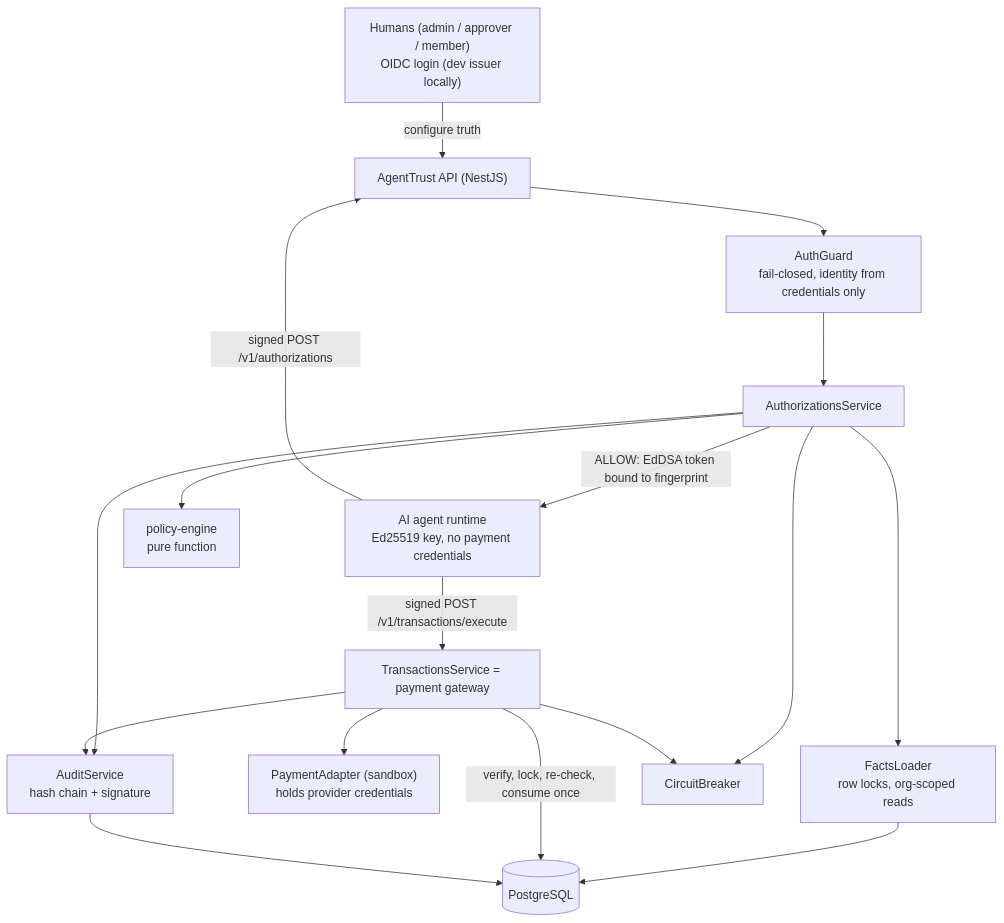
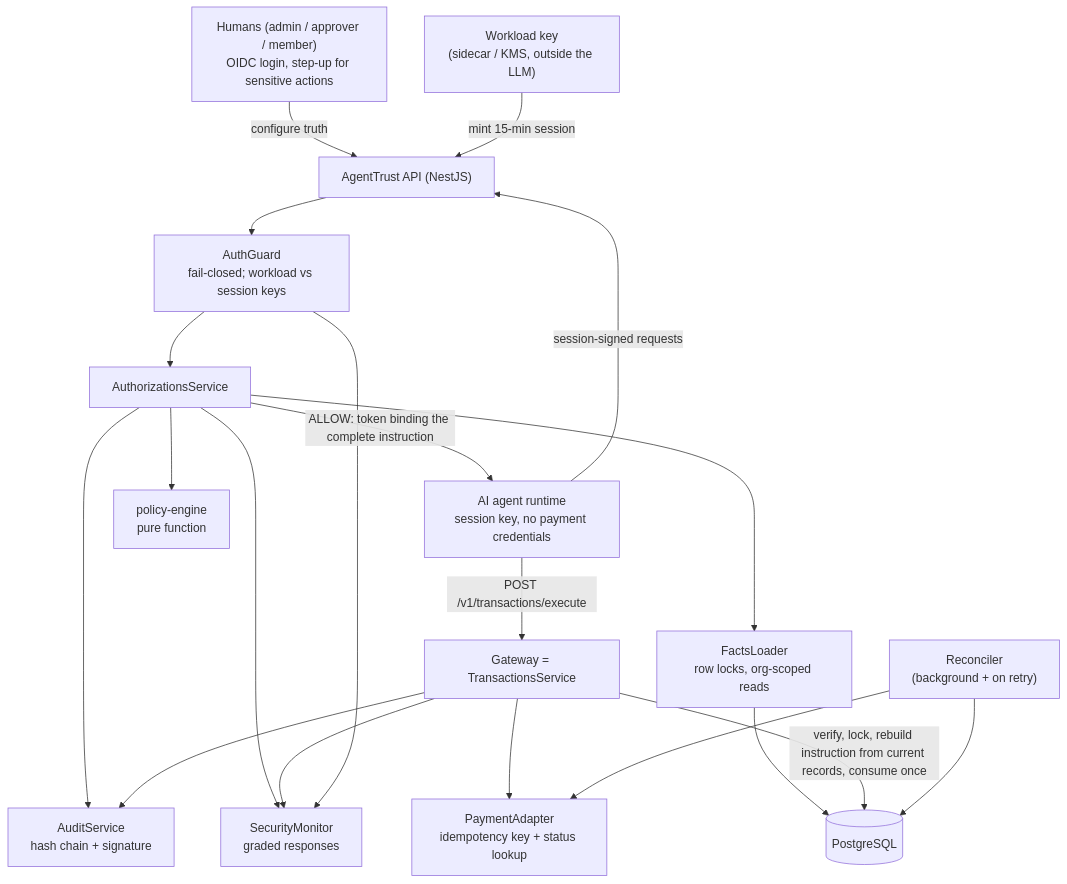
The first of 3 diagrams in docs/ARCHITECTURE.md (momoh127/project-KYA), drawn with Mermaid before and after one commit. The commit also changed other lines of this file and 46 other files, not shown here.

````diff
--- a/docs/ARCHITECTURE.md
+++ b/docs/ARCHITECTURE.md
@@ -12,19 +16,22 @@
 ```mermaid
 flowchart TD
-    H["Humans (admin / approver / member)<br/>OIDC login (dev issuer locally)"] -->|"configure truth"| API
-    A["AI agent runtime<br/>Ed25519 key, no payment credentials"] -->|"signed POST /v1/authorizations"| API["AgentTrust API (NestJS)"]
-    API --> G["AuthGuard<br/>fail-closed, identity from credentials only"]
+    H["Humans (admin / approver / member)<br/>OIDC login, step-up for sensitive actions"] -->|"configure truth"| API
+    W["Workload key<br/>(sidecar / KMS, outside the LLM)"] -->|"mint 15-min session"| API
+    A["AI agent runtime<br/>session key, no payment credentials"] -->|"session-signed requests"| API["AgentTrust API (NestJS)"]
+    API --> G["AuthGuard<br/>fail-closed; workload vs session keys"]
     G --> AS["AuthorizationsService"]
     AS --> FL["FactsLoader<br/>row locks, org-scoped reads"]
     FL --> DB[("PostgreSQL")]
     AS --> PE["policy-engine<br/>pure function"]
-    AS -->|"ALLOW: EdDSA token bound to fingerprint"| A
-    A -->|"signed POST /v1/transactions/execute"| GW["TransactionsService = payment gateway"]
-    GW -->|"verify, lock, re-check, consume once"| DB
-    GW --> PA["PaymentAdapter (sandbox)<br/>holds provider credentials"]
+    AS -->|"ALLOW: token binding the complete instruction"| A
+    A -->|"POST /v1/transactions/execute"| GW["Gateway = TransactionsService"]
+    GW -->|"verify, lock, rebuild instruction from current records, consume once"| DB
+    GW --> PA["PaymentAdapter<br/>idempotency key + status lookup"]
+    RC["Reconciler<br/>(background + on retry)"] --> PA
+    RC --> DB
+    AS --> SM["SecurityMonitor<br/>graded responses"]
+    GW --> SM
+    G --> SM
     AS --> AU["AuditService<br/>hash chain + signature"]
     GW --> AU
-    AU --> DB
-    AS --> CB["CircuitBreaker"]
-    GW --> CB
 ```
````
